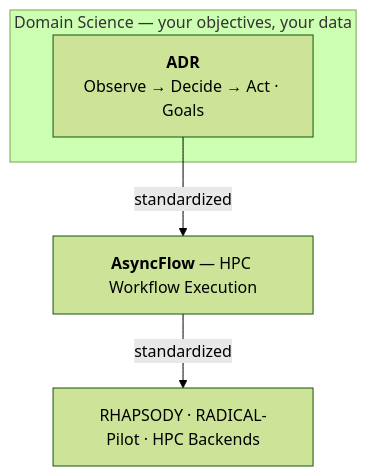
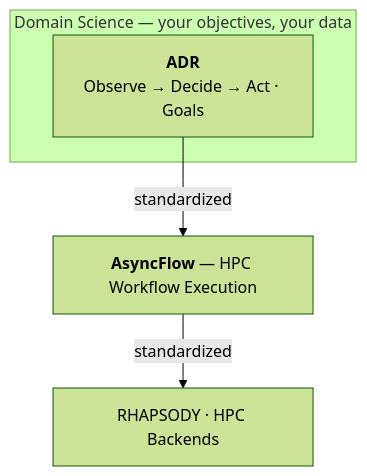
One commit to radical-cybertools/radical.adr changed the diagram in docs/index.mdx. Above: the diagram before and after it, drawn with Mermaid (forest theme). The commit also changed 34 other files, not shown here.

````diff
--- a/docs/index.mdx
+++ b/docs/index.mdx
@@ -18,10 +18,10 @@
 ```mermaid
 flowchart TB
     subgraph DS["Domain Science — your objectives, your data"]
         ADR["<b>ADR</b><br/>Observe → Decide → Act · Goals"]
     end
     AF["<b>AsyncFlow</b> — HPC Workflow Execution"]
-    HPC["RHAPSODY · RADICAL-Pilot · HPC Backends"]
+    HPC["RHAPSODY · HPC Backends"]
     ADR -->|standardized| AF
     AF -->|standardized| HPC
 ```
````
